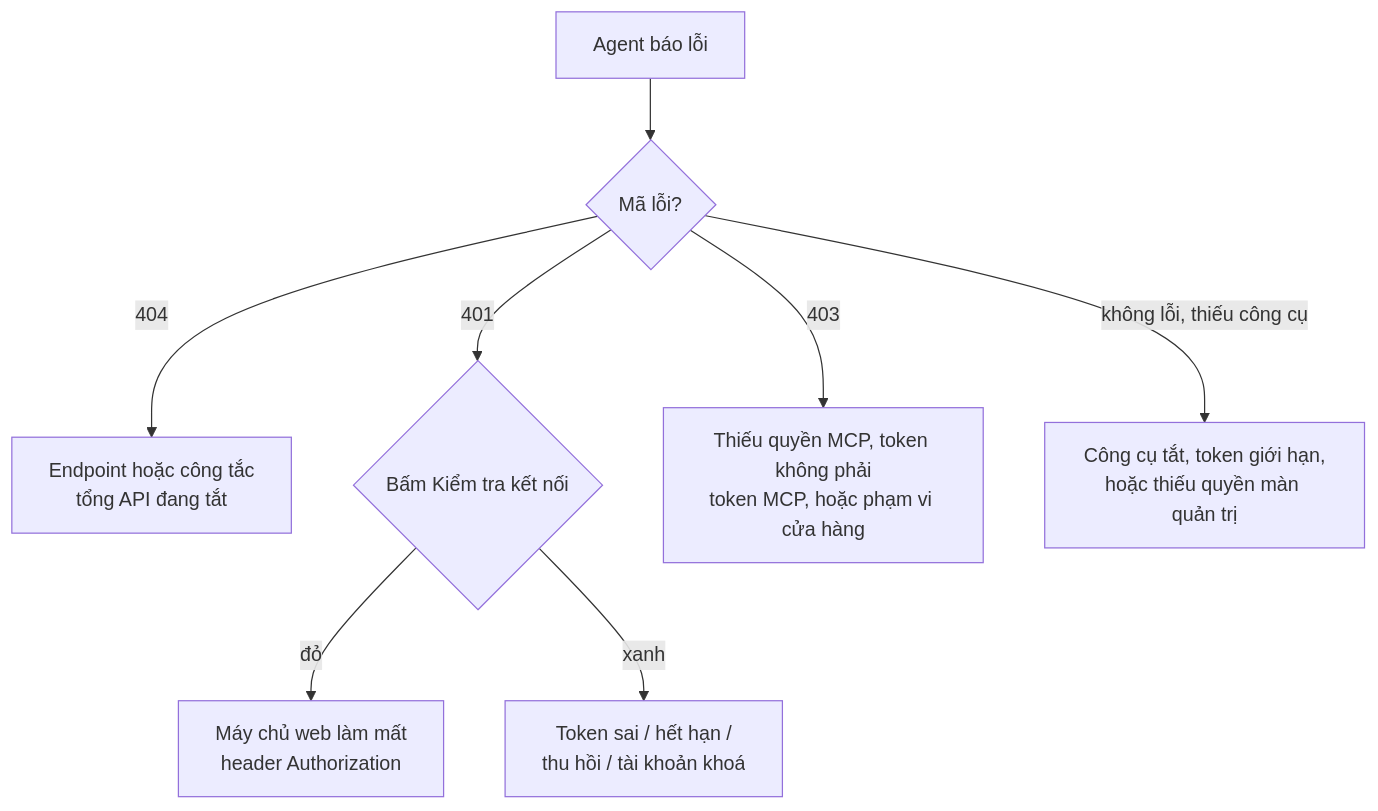
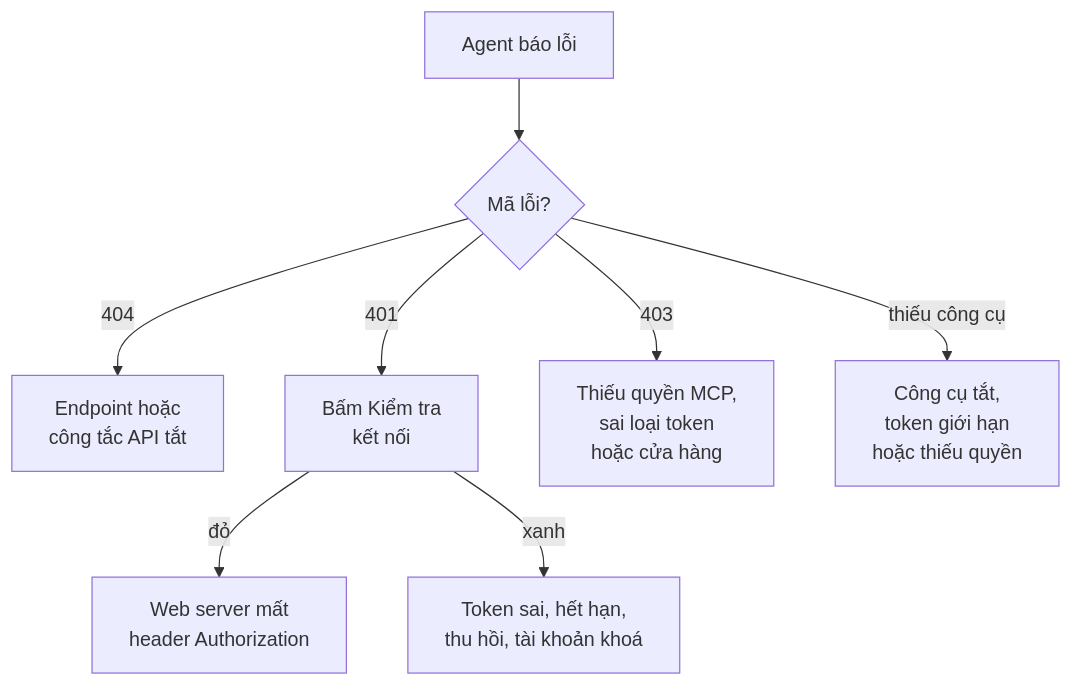
One commit to gp247net/gp247-docs changed the diagram in mcp/mcp-troubleshooting_vi.md. Above: the diagram before and after it, drawn with Mermaid. The commit also changed other lines of this file and 44 other files, not shown here.

First line of the commit message:
docs: redraw oversized diagrams in security, API and MCP docs (vi/en/ja)

````diff
--- a/mcp/mcp-troubleshooting_vi.md
+++ b/mcp/mcp-troubleshooting_vi.md
@@ -15,10 +15,10 @@
 ```mermaid
 flowchart TD
     S["Agent báo lỗi"] --> A{"Mã lỗi?"}
-    A -->|"404"| E["Endpoint hoặc công tắc<br/>tổng API đang tắt"]
-    A -->|"401"| T{"Bấm Kiểm tra kết nối"}
-    T -->|"đỏ"| H["Máy chủ web làm mất<br/>header Authorization"]
-    T -->|"xanh"| K["Token sai / hết hạn /<br/>thu hồi / tài khoản khoá"]
-    A -->|"403"| P["Thiếu quyền MCP, token không phải<br/>token MCP, hoặc phạm vi cửa hàng"]
-    A -->|"không lỗi, thiếu công cụ"| C["Công cụ tắt, token giới hạn,<br/>hoặc thiếu quyền màn quản trị"]
+    A -->|"404"| E["Endpoint hoặc<br/>công tắc API tắt"]
+    A -->|"401"| T["Bấm Kiểm tra<br/>kết nối"]
+    T -->|"đỏ"| H["Web server mất<br/>header Authorization"]
+    T -->|"xanh"| K["Token sai, hết hạn,<br/>thu hồi, tài khoản khoá"]
+    A -->|"403"| P["Thiếu quyền MCP,<br/>sai loại token<br/>hoặc cửa hàng"]
+    A -->|"thiếu công cụ"| C["Công cụ tắt,<br/>token giới hạn<br/>hoặc thiếu quyền"]
 ```
````
